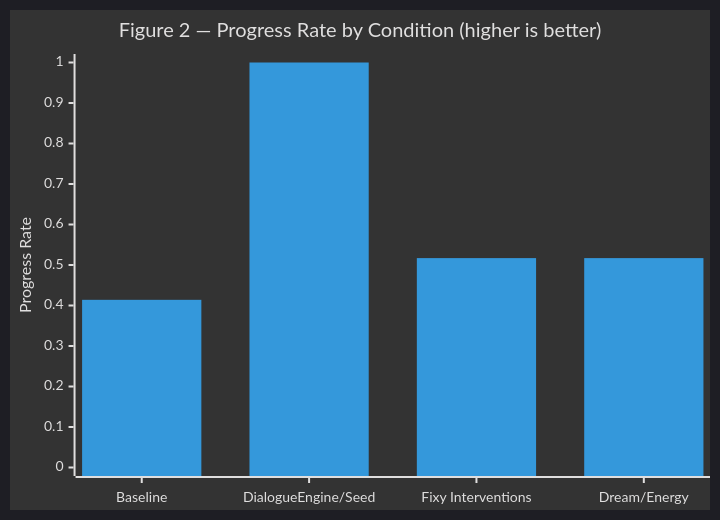
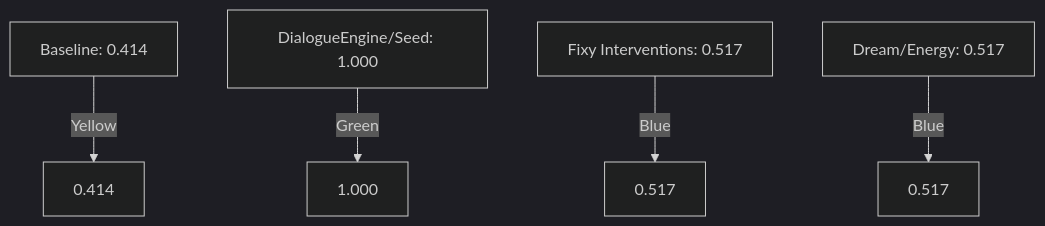
One commit to sivanhavkin/Entelgia changed the second of 4 diagrams in research.md. Above: the diagram before and after it, drawn with Mermaid (dark theme). The commit also changed other lines of this file, not shown here.

Commit message:
Updated sections 5.1 and 5.3 of research.md to enhance graph visualizations.

````diff
--- a/research.md
+++ b/research.md
@@ -139,7 +18,7 @@
 ```mermaid
-xychart-beta
-    title "Figure 2 — Progress Rate by Condition (higher is better)"
-    x-axis ["Baseline", "DialogueEngine/Seed", "Fixy Interventions", "Dream/Energy"]
-    y-axis "Progress Rate" 0 --> 1
-    bar [0.414, 1.000, 0.517, 0.517]
+graph TD;
+    A[Baseline: 0.414] -->|Yellow| A1[0.414]
+    B[DialogueEngine/Seed: 1.000] -->|Green| B1[1.000]
+    C[Fixy Interventions: 0.517] -->|Blue| C1[0.517]
+    D[Dream/Energy: 0.517] -->|Blue| D1[0.517]
 ```
````
